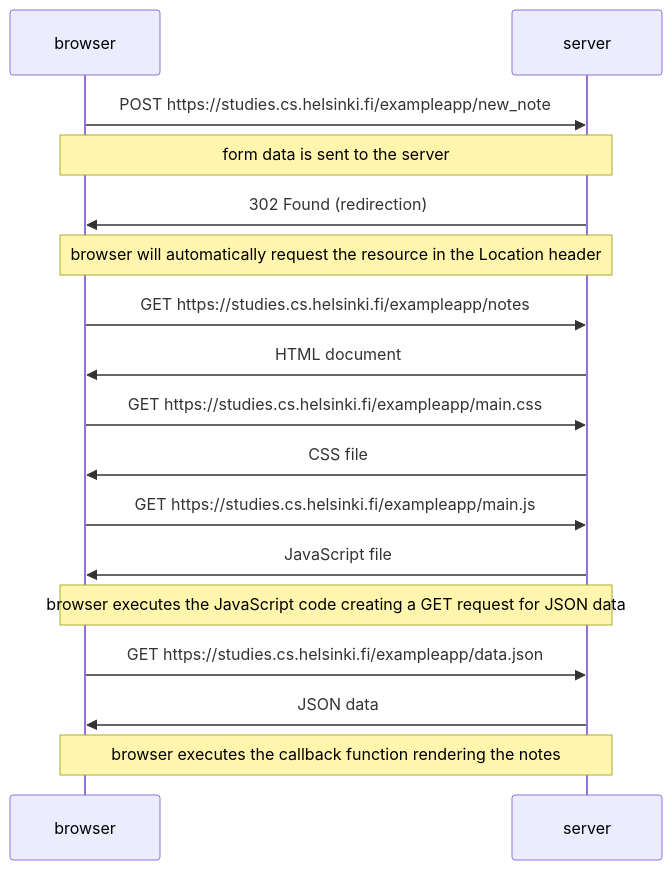
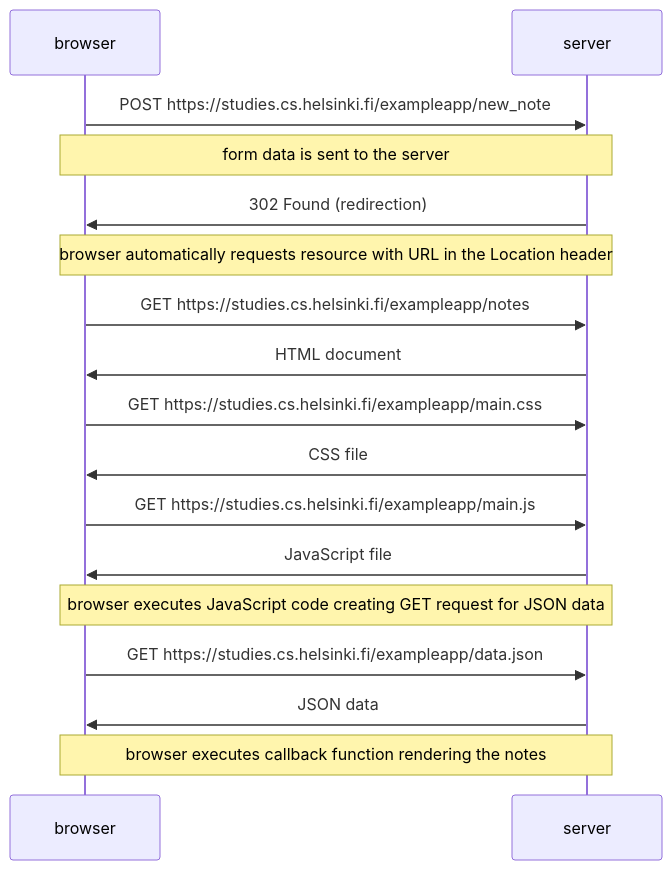
Before and after one commit to makelannika/full_stack_open: the diagram in part0/0.4.md, drawn with Mermaid.

````diff
--- a/part0/0.4.md
+++ b/part0/0.4.md
@@ -1,28 +1,28 @@
 ```mermaid
 
 sequenceDiagram
     participant browser
     participant server
 
     browser->>server: POST https://studies.cs.helsinki.fi/exampleapp/new_note
 
     Note over browser, server: form data is sent to the server
 
     server->>browser: 302 Found (redirection)
 
-    Note over browser, server: browser will automatically request the resource in the Location header
+    Note over browser, server: browser automatically requests resource with URL in the Location header
 
     browser->>server: GET https://studies.cs.helsinki.fi/exampleapp/notes
     server->>browser: HTML document
     browser->>server: GET https://studies.cs.helsinki.fi/exampleapp/main.css
     server->>browser: CSS file
     browser->>server: GET https://studies.cs.helsinki.fi/exampleapp/main.js
     server->>browser: JavaScript file
 
-    Note over browser, server: browser executes the JavaScript code creating a GET request for JSON data
+    Note over browser, server: browser executes JavaScript code creating GET request for JSON data
 
     browser->>server: GET https://studies.cs.helsinki.fi/exampleapp/data.json
     server->>browser: JSON data
 
-    Note over browser, server: browser executes the callback function rendering the notes
+    Note over browser, server: browser executes callback function rendering the notes
 ```
````
